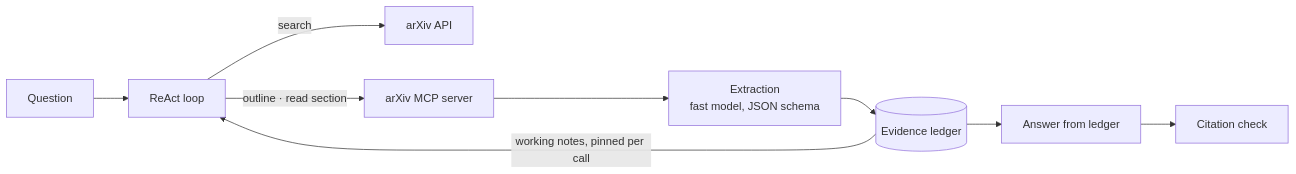
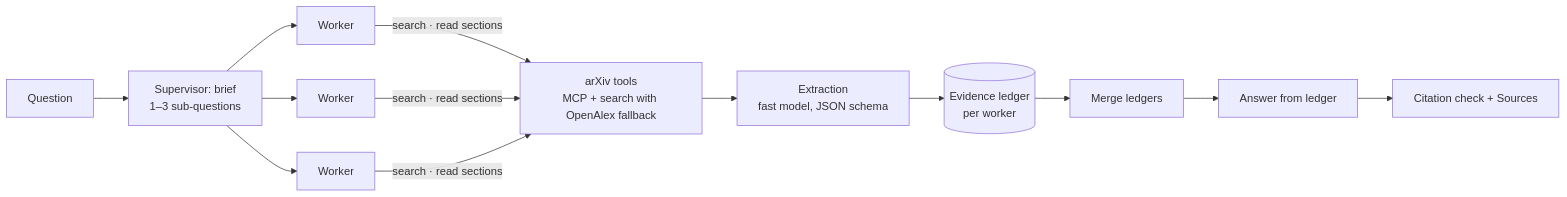
Before and after one commit to yyyaaaooo-builder/agentic-research-assistant: the diagram in README.md, drawn with Mermaid. The commit also changed other lines of this file and 14 other files, not shown here.

````diff
--- a/README.md
+++ b/README.md
@@ -16,10 +16,9 @@
 ```mermaid
 flowchart LR
-    Q[Question] --> A[ReAct loop]
-    A -->|search| S[arXiv API]
-    A -->|outline · read section| M[arXiv MCP server]
-    M --> X[Extraction<br/>fast model, JSON schema]
-    X --> L[(Evidence ledger)]
-    L -->|working notes, pinned per call| A
-    L --> W[Answer from ledger] --> C[Citation check]
+    Q[Question] --> B[Supervisor: brief<br/>1–3 sub-questions]
+    B --> W1[Worker] & W2[Worker] & W3[Worker]
+    W1 & W2 & W3 -->|search · read sections| T[arXiv tools<br/>MCP + search with OpenAlex fallback]
+    T --> X[Extraction<br/>fast model, JSON schema]
+    X --> L[(Evidence ledger<br/>per worker)]
+    L --> M[Merge ledgers] --> A[Answer from ledger] --> C[Citation check + Sources]
 ```
````
